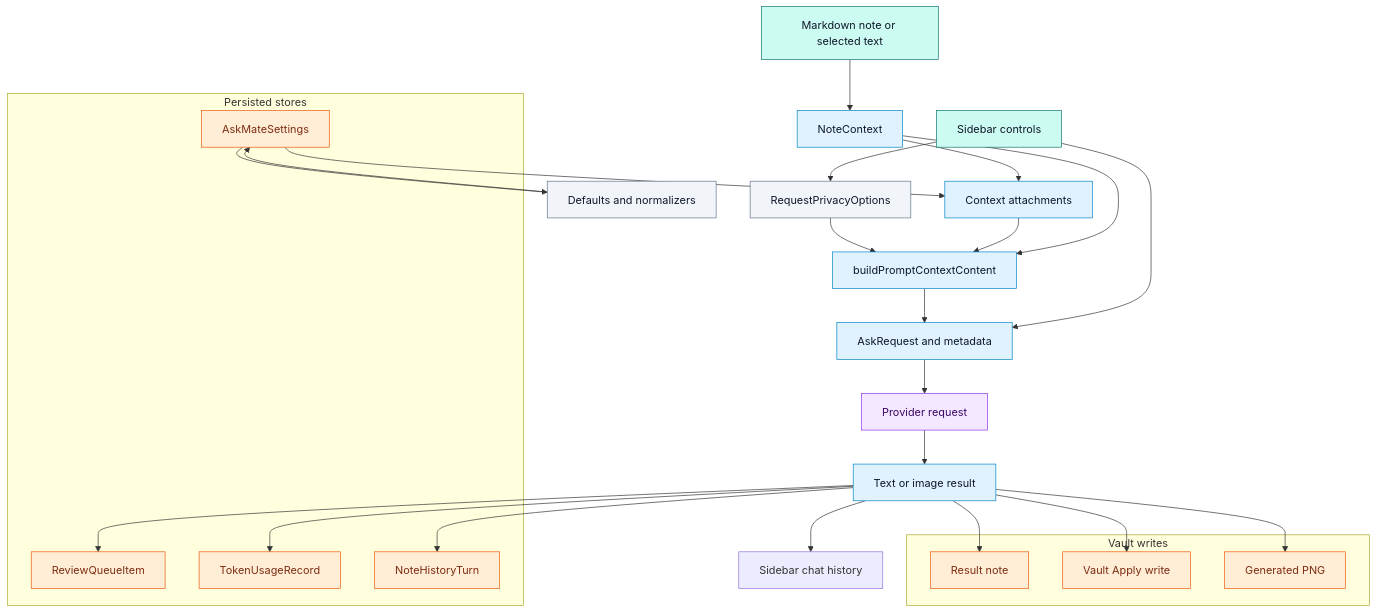
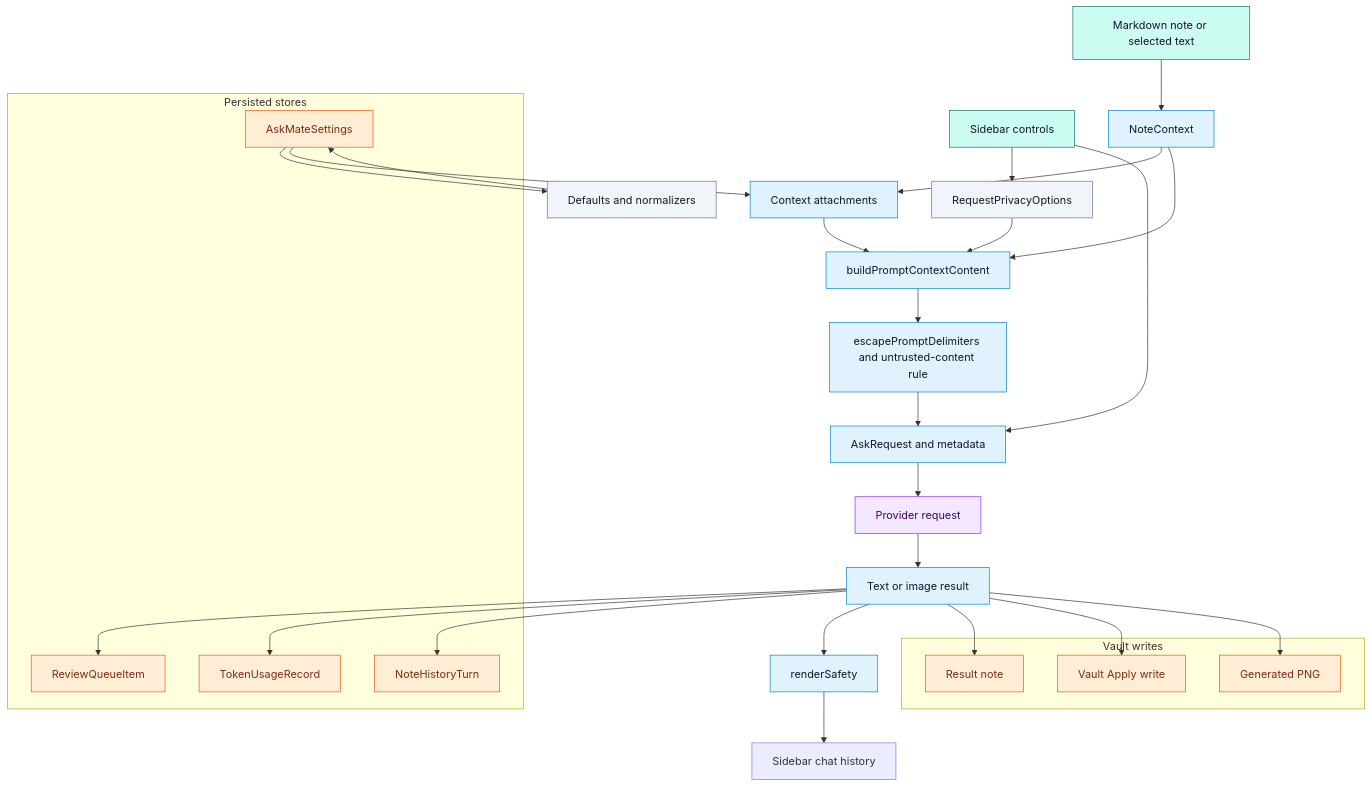
The diagram in DigVis/04-data-flow.md (CodeWithBehnam/askmate), drawn with Mermaid before and after one commit. The commit also changed other lines of this file and 88 other files, not shown here.

````diff
--- a/DigVis/04-data-flow.md
+++ b/DigVis/04-data-flow.md
@@ -9,51 +9,53 @@
 ```mermaid
 flowchart TD
   Note["Markdown note or selected text"] --> Context["NoteContext"]
   Sidebar["Sidebar controls"] --> Privacy["RequestPrivacyOptions"]
   Settings["AskMateSettings"] --> Defaults["Defaults and normalizers"]
   Defaults --> Settings
 
   Context --> Attachments["Context attachments"]
   Settings --> Attachments
   Privacy --> PromptContext["buildPromptContextContent"]
   Attachments --> PromptContext
   Context --> PromptContext
-  PromptContext --> Request["AskRequest and metadata"]
+  PromptContext --> Escape["escapePromptDelimiters and untrusted-content rule"]
+  Escape --> Request["AskRequest and metadata"]
   Sidebar --> Request
   Request --> Provider["Provider request"]
   Provider --> Result["Text or image result"]
 
-  Result --> Chat["Sidebar chat history"]
+  Result --> Sanitise["renderSafety"]
+  Sanitise --> Chat["Sidebar chat history"]
   Result --> ResultNote["Result note"]
   Result --> Apply["Vault Apply write"]
   Result --> ReviewQueue["ReviewQueueItem"]
   Result --> Usage["TokenUsageRecord"]
   Result --> History["NoteHistoryTurn"]
 
   subgraph "Persisted stores"
     Settings
     ReviewQueue
     Usage
     History
   end
 
   subgraph "Vault writes"
     ResultNote
     Apply
     ImageFile["Generated PNG"]
   end
 
   Result --> ImageFile
 
   classDef user fill:#CCFBF1,stroke:#0F766E,color:#0F172A
   classDef core fill:#E0F2FE,stroke:#0284C7,color:#0F172A
   classDef store fill:#FFEDD5,stroke:#EA580C,color:#7C2D12
   classDef external fill:#F3E8FF,stroke:#9333EA,color:#3B0764
   classDef config fill:#F1F5F9,stroke:#64748B,color:#0F172A
 
   class Note,Sidebar user
-  class Context,Attachments,PromptContext,Request,Result core
+  class Context,Attachments,PromptContext,Escape,Request,Result,Sanitise core
   class Settings,ReviewQueue,Usage,History,ResultNote,Apply,ImageFile store
   class Provider external
   class Privacy,Defaults config
 ```
````
